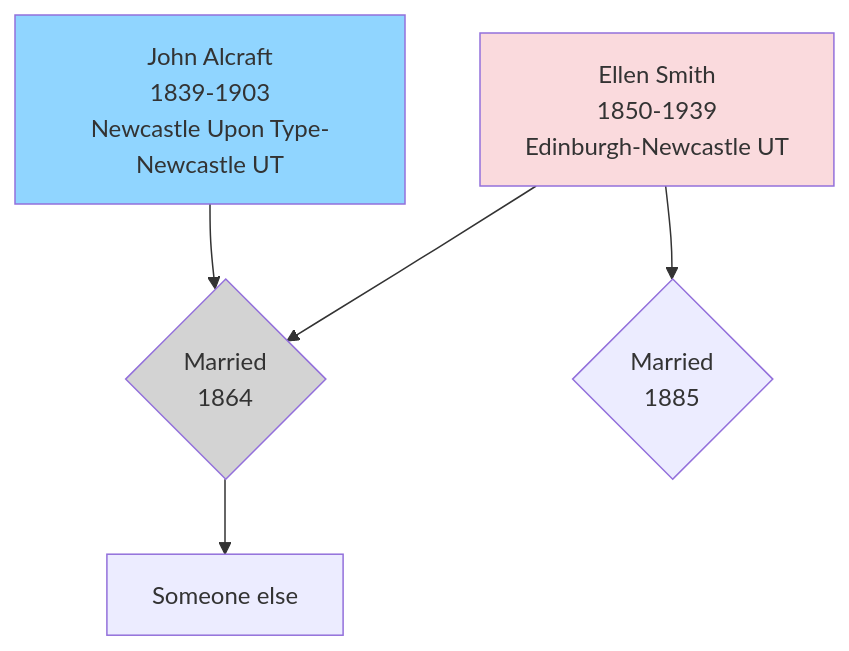
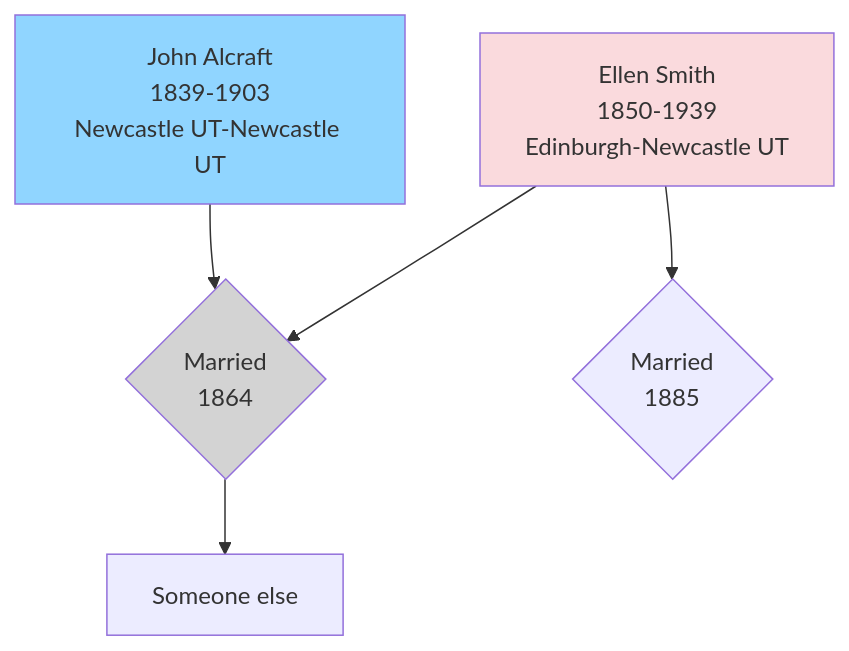
One commit to RachelAlcraft/family-tree changed the diagram in docs/index.md. Above: the diagram before and after it, drawn with Mermaid.

````diff
--- a/docs/index.md
+++ b/docs/index.md
@@ -6,15 +6,15 @@
 ``` mermaid
 flowchart TD  
-JA1[John Alcraft\n1839-1903\nNewcastle Upon Type-Newcastle UT] --> JAJA{Married\n1864};
+JA1[John Alcraft\n1839-1903\nNewcastle UT-Newcastle UT] --> JAJA{Married\n1864};
 JA2[Jane Allan\n1841-1883\nEglingham-Newcastle UT] --> JAJA;
 JA2[Ellen Smith\n1850-1939\nEdinburgh-Newcastle UT] --> JAES{Married\n1885};  
 JAJA -->D[Someone else];  
 
 style JAJA fill:#D3D3D3
 style JA1 fill:#90d5ff
 click JA1 "jones" "JA2"
 style JA2 fill:#FADADD
 click JA2 "jones" "JA1"
 
 
 ```
````
